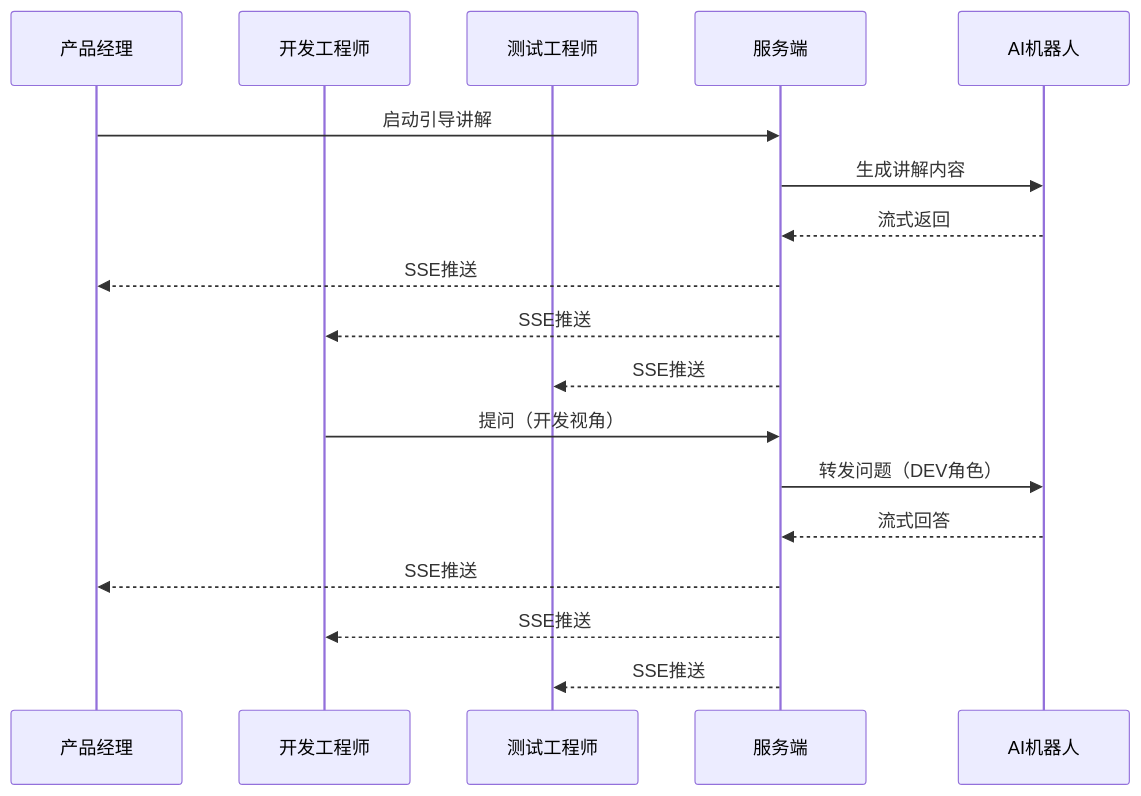
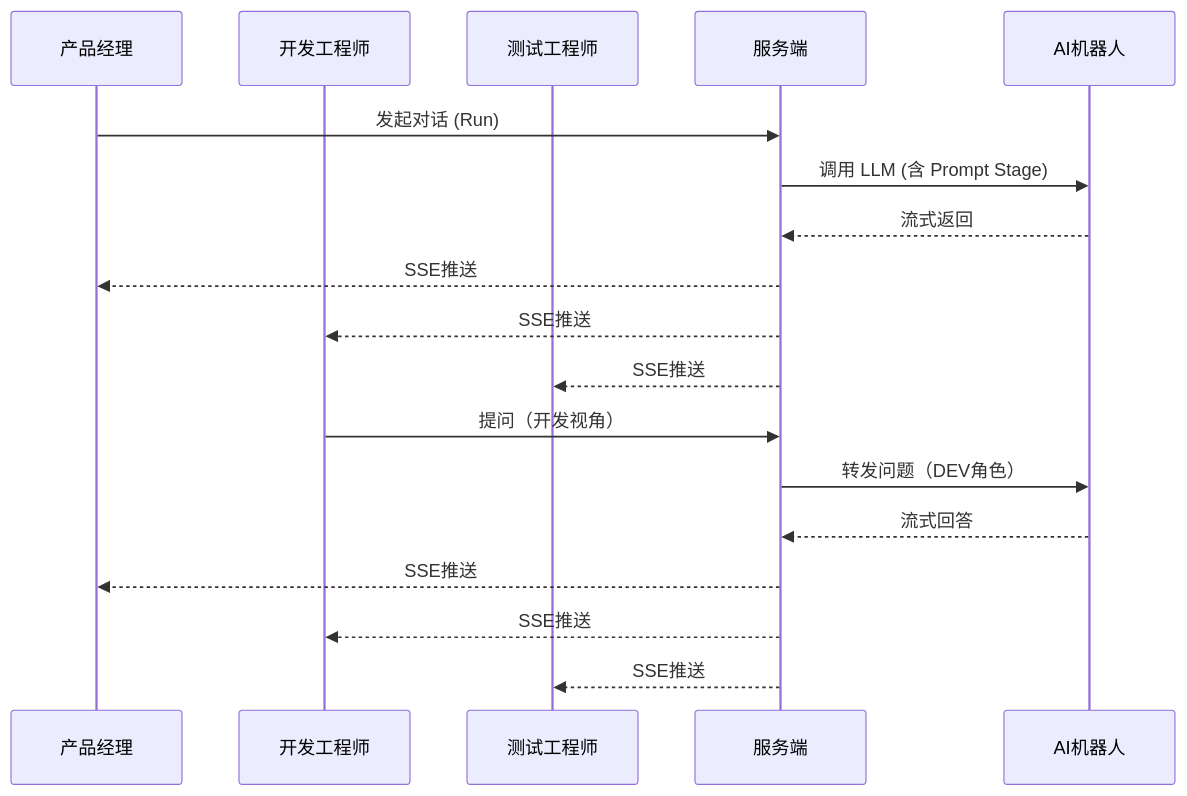
One commit to inernoro/prd_agent changed the ninth of 10 diagrams in doc/2.srs.md. Above: the diagram before and after it, drawn with Mermaid. The commit also changed other lines of this file and 2 other files, not shown here.

````diff
--- a/doc/2.srs.md
+++ b/doc/2.srs.md
@@ -1518,22 +1526,22 @@
 ```mermaid
 sequenceDiagram
     participant PM as 产品经理
     participant DEV as 开发工程师
     participant QA as 测试工程师
     participant S as 服务端
     participant AI as AI机器人
     
-    PM->>S: 启动引导讲解
-    S->>AI: 生成讲解内容
+    PM->>S: 发起对话 (Run)
+    S->>AI: 调用 LLM (含 Prompt Stage)
     AI-->>S: 流式返回
     S-->>PM: SSE推送
     S-->>DEV: SSE推送
     S-->>QA: SSE推送
     
     DEV->>S: 提问（开发视角）
     S->>AI: 转发问题（DEV角色）
     AI-->>S: 流式回答
     S-->>PM: SSE推送
     S-->>DEV: SSE推送
     S-->>QA: SSE推送
 ```
````
